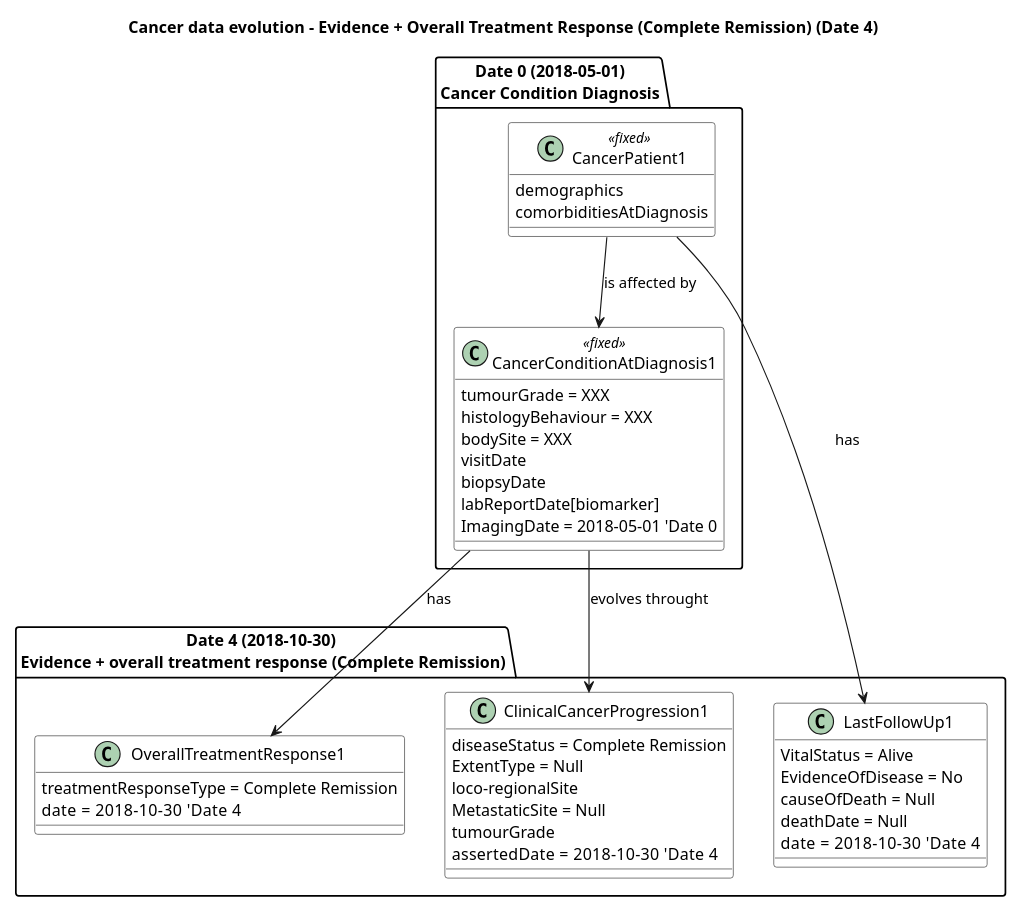
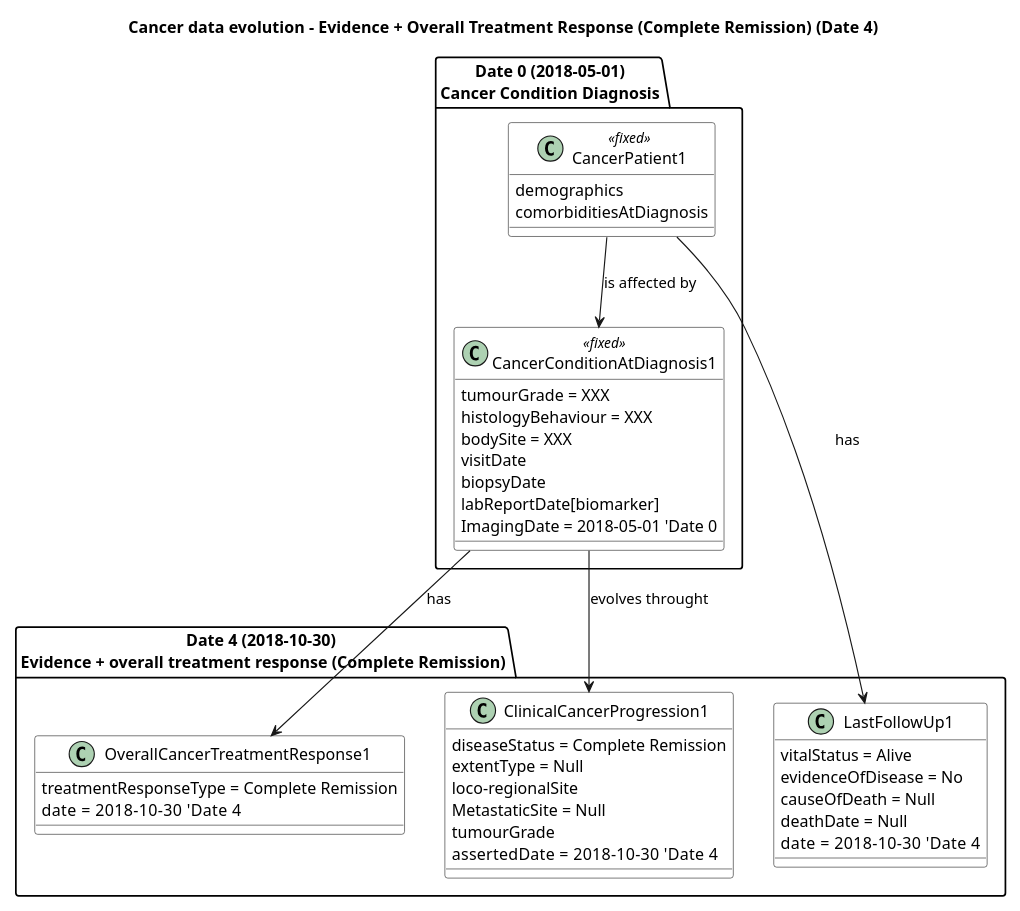
Before and after one commit to hl7-eu/cancer-common: the diagram in input/images-source/CancerDataEvolution2.plantuml, drawn with PlantUML. The commit also changed 5 other files, not shown here.

```diff
--- a/input/images-source/CancerDataEvolution2.plantuml
+++ b/input/images-source/CancerDataEvolution2.plantuml
@@ -1,61 +1,61 @@
 @startuml
 title Cancer data evolution – Evidence + Overall Treatment Response (Complete Remission) (Date 4)
 
 skinparam class {
   BackgroundColor White
 }
 
 scale 0.8
 
 ' ===========================================
 ' DATE 0 – initial capture (conceptual record)
 ' ===========================================
 package "Date 0 (2018-05-01)\nCancer Condition Diagnosis" {
   class CancerPatient1 <<fixed>> {
     demographics
     comorbiditiesAtDiagnosis
   }
   
   class CancerConditionAtDiagnosis1 <<fixed>> {
     tumourGrade = XXX
     histologyBehaviour = XXX
     bodySite = XXX
     visitDate 
     biopsyDate 
     labReportDate[biomarker] 
     ImagingDate = 2018-05-01 'Date 0
   }
 }
 
 ' Links inside Date 0
 CancerPatient1 --> CancerConditionAtDiagnosis1 : is affected by
 
 package "Date 4 (2018-10-30) \nEvidence + overall treatment response (Complete Remission)" {
-  class OverallTreatmentResponse1 {
+  class OverallCancerTreatmentResponse1 {
     treatmentResponseType = Complete Remission
     date = 2018-10-30   'Date 4
   }
 
   class LastFollowUp1 {
-     VitalStatus = Alive
-     EvidenceOfDisease = No
+     vitalStatus = Alive
+     evidenceOfDisease = No
      causeOfDeath = Null
      deathDate = Null
      date = 2018-10-30   'Date 4
   }
 
   class ClinicalCancerProgression1 {
     diseaseStatus = Complete Remission
-    ExtentType = Null
+    extentType = Null
     loco-regionalSite
     MetastaticSite = Null
     tumourGrade
     assertedDate = 2018-10-30   'Date 4
   }
 }
 
-CancerConditionAtDiagnosis1 --> OverallTreatmentResponse1 : has
+CancerConditionAtDiagnosis1 --> OverallCancerTreatmentResponse1 : has
 CancerPatient1 --> LastFollowUp1 : has
 CancerConditionAtDiagnosis1 --> ClinicalCancerProgression1 : evolves throught
 
 @enduml
```
